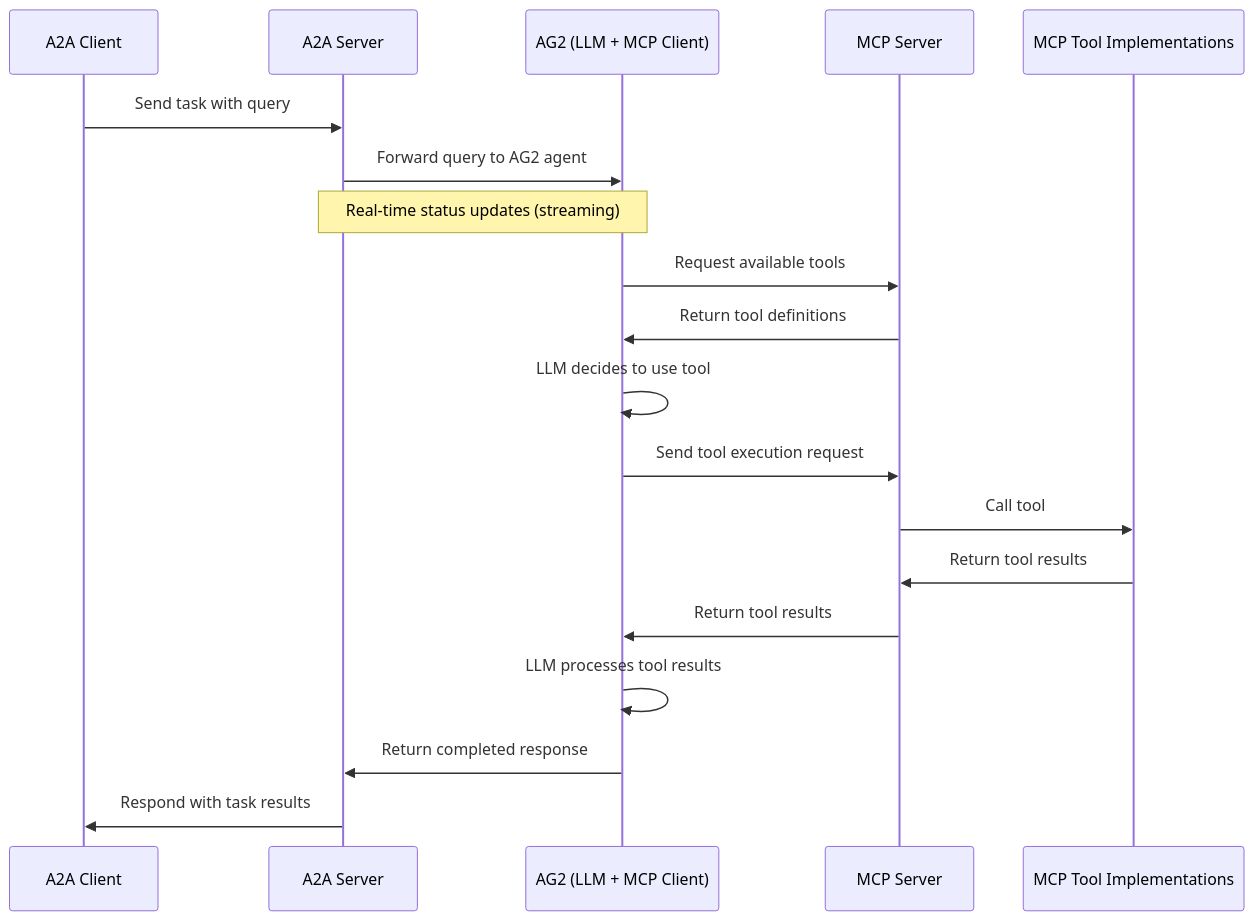
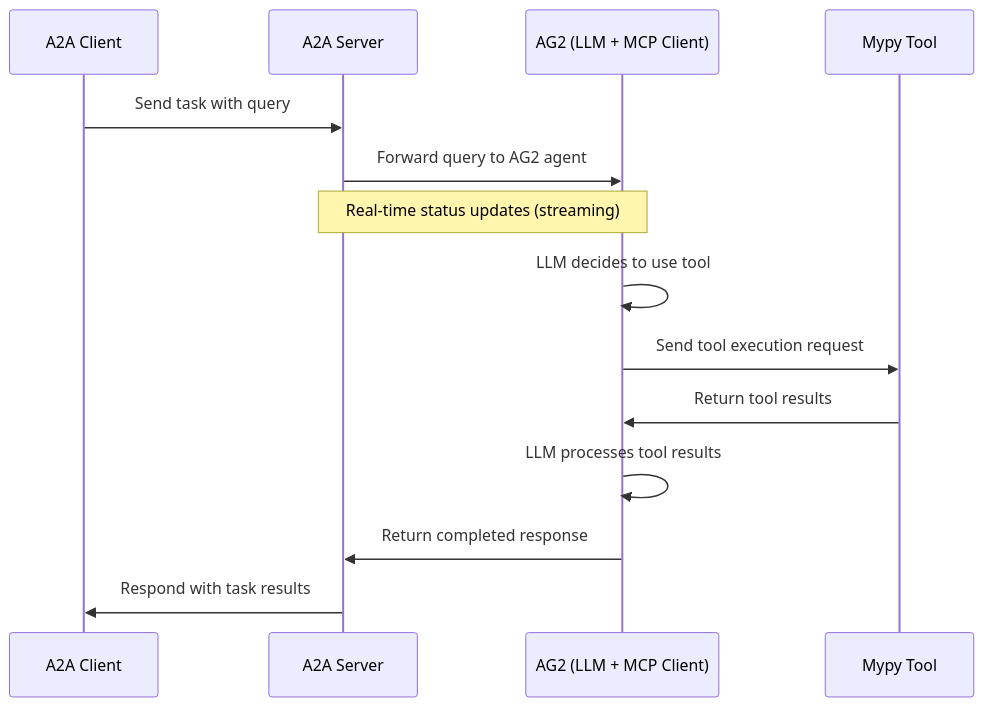
The diagram in samples/python/agents/ag2/README.md (a2aproject/a2a-samples), drawn with Mermaid before and after one commit. The commit also changed other lines of this file and 9 other files, not shown here.

````diff
--- a/samples/python/agents/ag2/README.md
+++ b/samples/python/agents/ag2/README.md
@@ -9,25 +7,19 @@
 ```mermaid
 sequenceDiagram
     participant Client as A2A Client
     participant Server as A2A Server
     participant Agent as AG2 (LLM + MCP Client)
-    participant MCP as MCP Server
-    participant Tools as MCP Tool Implementations
+    participant Tool as Mypy Tool
 
     Client->>Server: Send task with query
     Server->>Agent: Forward query to AG2 agent
     Note over Server,Agent: Real-time status updates (streaming)
-    
-    Agent->>MCP: Request available tools
-    MCP->>Agent: Return tool definitions
-    
+
     Agent->>Agent: LLM decides to use tool
-    Agent->>MCP: Send tool execution request
-    MCP->>Tools: Call tool
-    Tools->>MCP: Return tool results
-    MCP->>Agent: Return tool results
-    
+    Agent->>Tool: Send tool execution request
+    Tool->>Agent: Return tool results
+
     Agent->>Agent: LLM processes tool results
     Agent->>Server: Return completed response
     Server->>Client: Respond with task results
 ```
````
